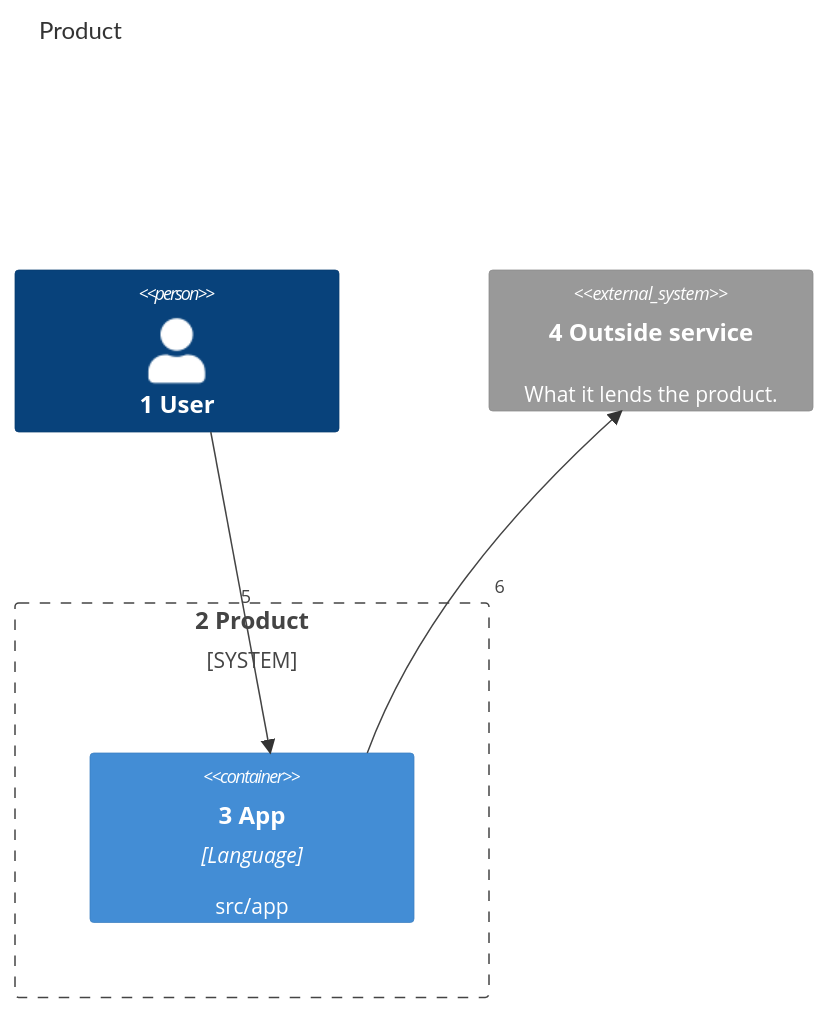
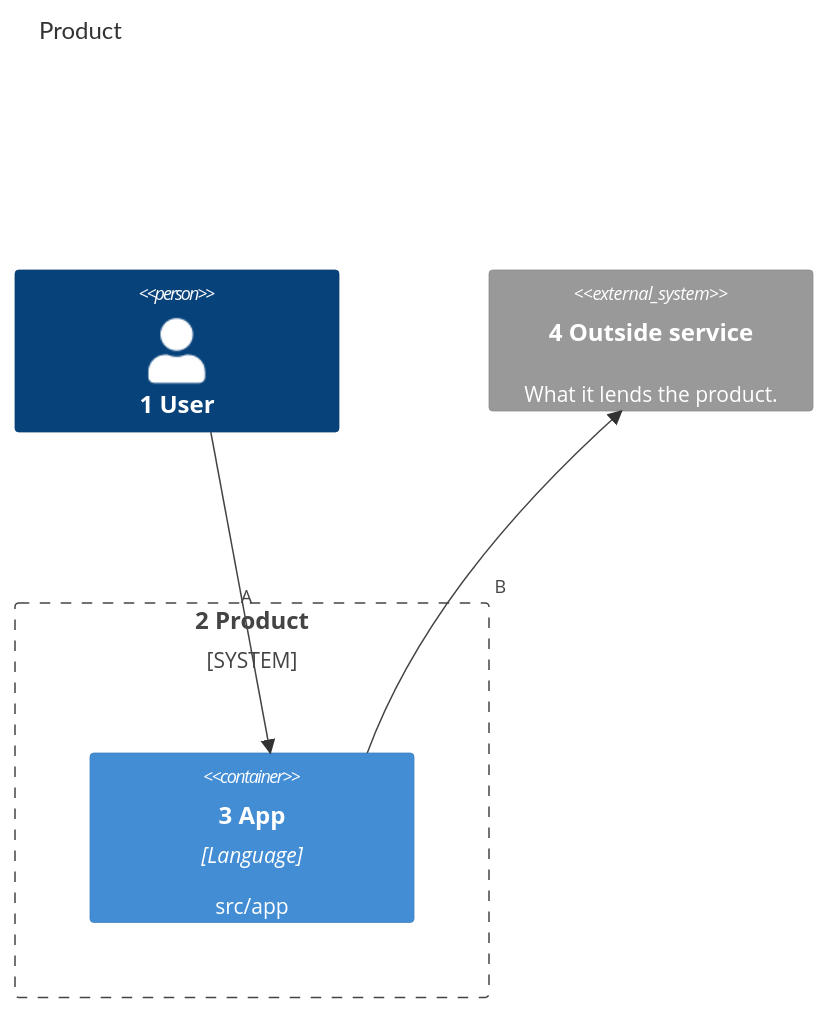
Before and after one commit to may-journal/fitness-runner: the first of 2 diagrams in docs/architecture/templates/02-containers.md, drawn with Mermaid. The commit also changed other lines of this file and 28 other files, not shown here.

First line of the commit message:
feat(mermaid-callouts): label connectors with letter callouts (#584)

````diff
--- a/docs/architecture/templates/02-containers.md
+++ b/docs/architecture/templates/02-containers.md
@@ -9,15 +9,15 @@
 ```mermaid
 C4Container
     title Product
 
     Person(user, "1 User")
 
     System_Boundary(product, "2 Product") {
         Container(app, "3 App", "Language", "src/app")
     }
 
     System_Ext(service, "4 Outside service", "What it lends the product.")
 
-    Rel(user, app, "5")
-    Rel(app, service, "6")
+    Rel(user, app, "A")
+    Rel(app, service, "B")
 ```
````
